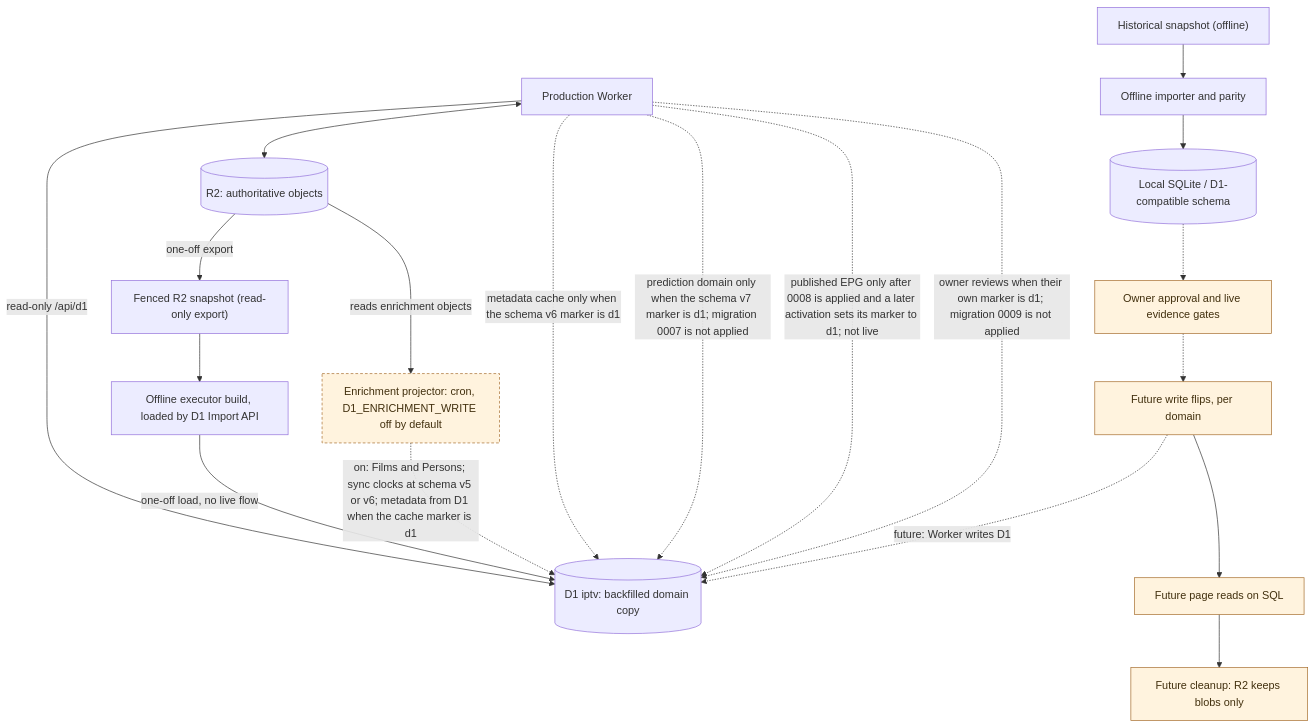
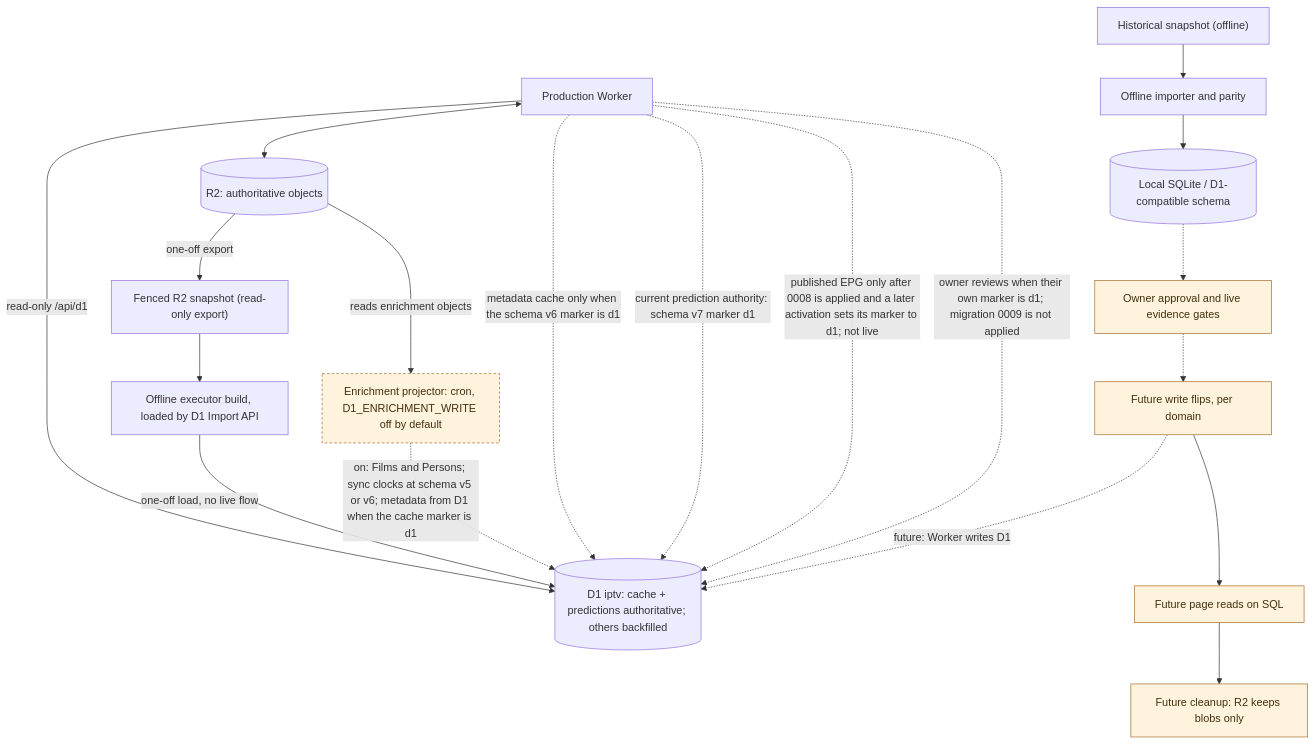
One commit to vladimino/iptv-watchlist changed the diagram in docs/architecture/persistence-and-migration.md. Above: the diagram before and after it, drawn with Mermaid. The commit also changed other lines of this file and 9 other files, not shown here.

Commit message:
docs(air-317): reflect production D1 prediction authority and natural run

````diff
--- a/docs/architecture/persistence-and-migration.md
+++ b/docs/architecture/persistence-and-migration.md
@@ -5,32 +5,32 @@
 ```mermaid
 flowchart TD
     worker["Production Worker"]
     r2[("R2: authoritative objects")]
     archive["Historical snapshot (offline)"]
     importer["Offline importer and parity"]
     local[("Local SQLite / D1-compatible schema")]
     gate["Owner approval and live evidence gates"]
     snapshot["Fenced R2 snapshot (read-only export)"]
     reload["Offline executor build, loaded by D1 Import API"]
-    d1[("D1 iptv: backfilled domain copy")]
+    d1[("D1 iptv: cache + predictions authoritative; others backfilled")]
     projector["Enrichment projector: cron, D1_ENRICHMENT_WRITE off by default"]
     flipWrite["Future write flips, per domain"]
     flipRead["Future page reads on SQL"]
     retire["Future cleanup: R2 keeps blobs only"]
     worker <--> r2
     worker -->|read-only /api/d1| d1
     archive --> importer --> local
     local -.-> gate
     r2 -->|one-off export| snapshot --> reload -->|one-off load, no live flow| d1
     r2 -->|reads enrichment objects| projector -.->|on: Films and Persons; sync clocks at schema v5 or v6; metadata from D1 when the cache marker is d1| d1
     worker -.->|metadata cache only when the schema v6 marker is d1| d1
-    worker -.->|prediction domain only when the schema v7 marker is d1; migration 0007 is not applied| d1
+    worker -.->|current prediction authority: schema v7 marker d1| d1
     worker -.->|published EPG only after 0008 is applied and a later activation sets its marker to d1; not live| d1
     worker -.->|owner reviews when their own marker is d1; migration 0009 is not applied| d1
     gate -.-> flipWrite -.->|future: Worker writes D1| d1
     flipWrite --> flipRead --> retire
     classDef future fill:#fff3de,stroke:#a56c2b,color:#42300e
     classDef gated fill:#fff3de,stroke:#a56c2b,color:#42300e,stroke-dasharray:4 3
     class gate,flipWrite,flipRead,retire future
     class projector gated
 ```
````
